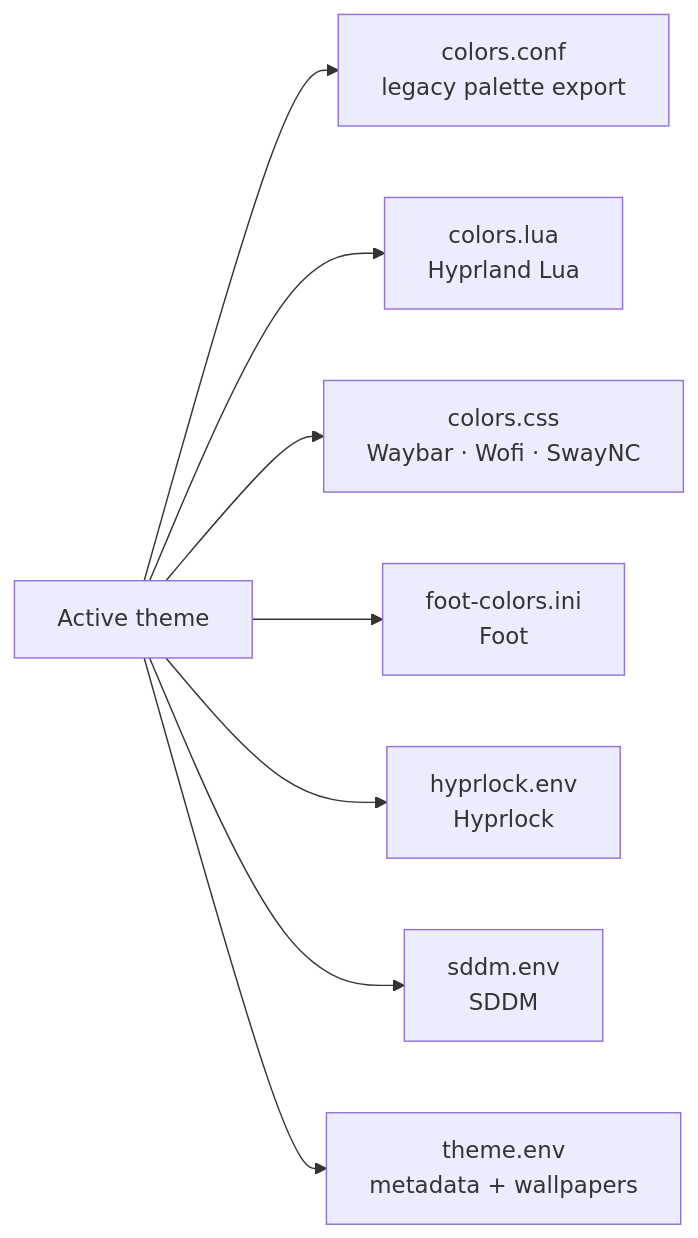
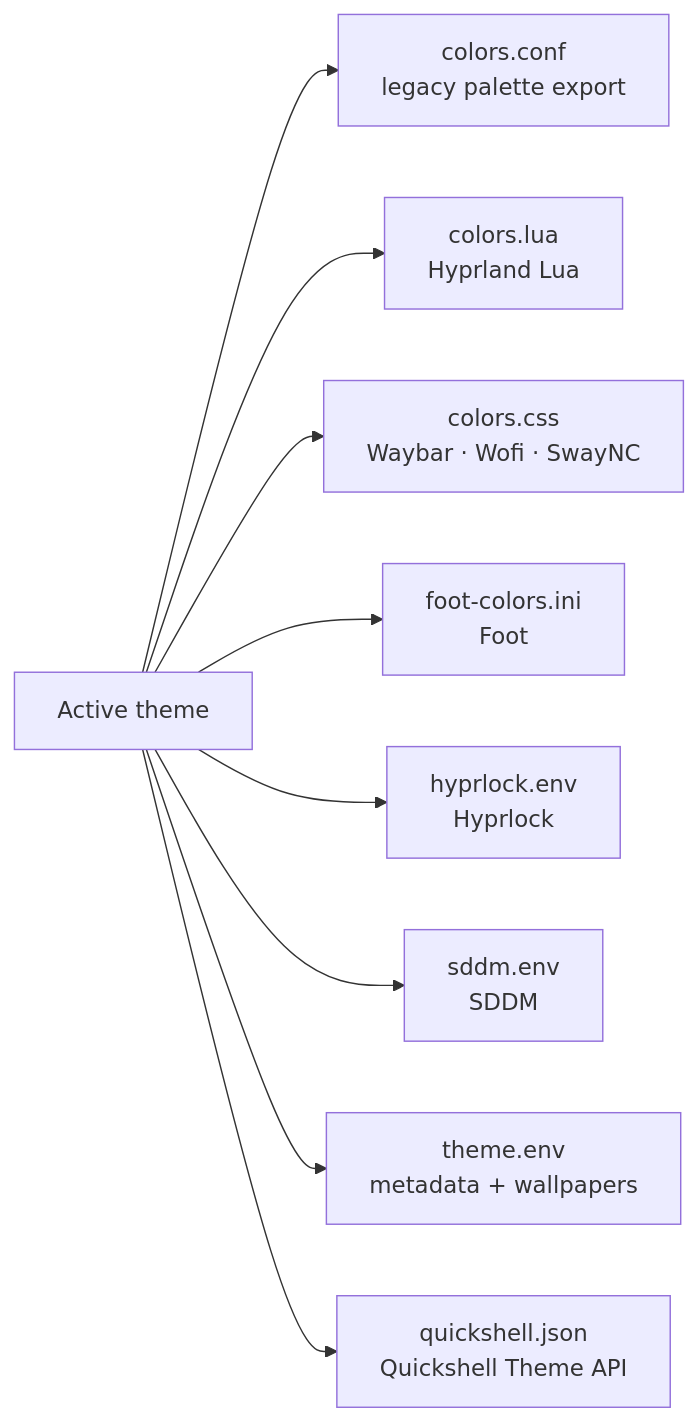
Before and after one commit to jcpina83/jc-hyprland-dotfiles: the second of 6 diagrams in docs/architecture.md, drawn with Mermaid. The commit also changed other lines of this file and 7 other files, not shown here.

Commit message:
docs(theme): finalize design system and theme API

````diff
--- a/docs/architecture.md
+++ b/docs/architecture.md
@@ -298,19 +300,21 @@
 ```mermaid
 flowchart LR
     T["Active theme"]
     C1["colors.conf<br/>legacy palette export"]
     C2["colors.lua<br/>Hyprland Lua"]
     C3["colors.css<br/>Waybar · Wofi · SwayNC"]
     C4["foot-colors.ini<br/>Foot"]
     C5["hyprlock.env<br/>Hyprlock"]
     C6["sddm.env<br/>SDDM"]
     C7["theme.env<br/>metadata + wallpapers"]
+    C8["quickshell.json<br/>Quickshell Theme API"]
 
     T --> C1
     T --> C2
     T --> C3
     T --> C4
     T --> C5
     T --> C6
     T --> C7
+    T --> C8
 ```
````
